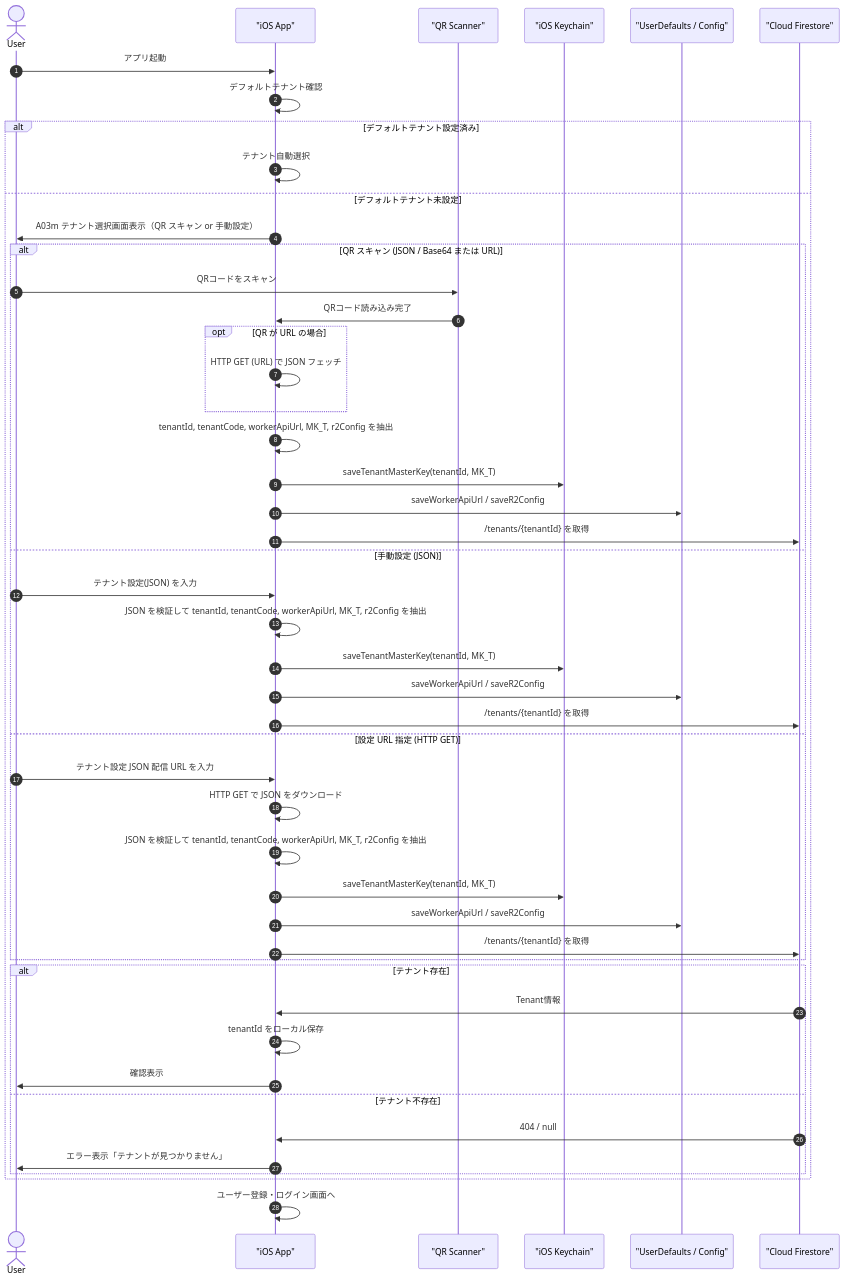
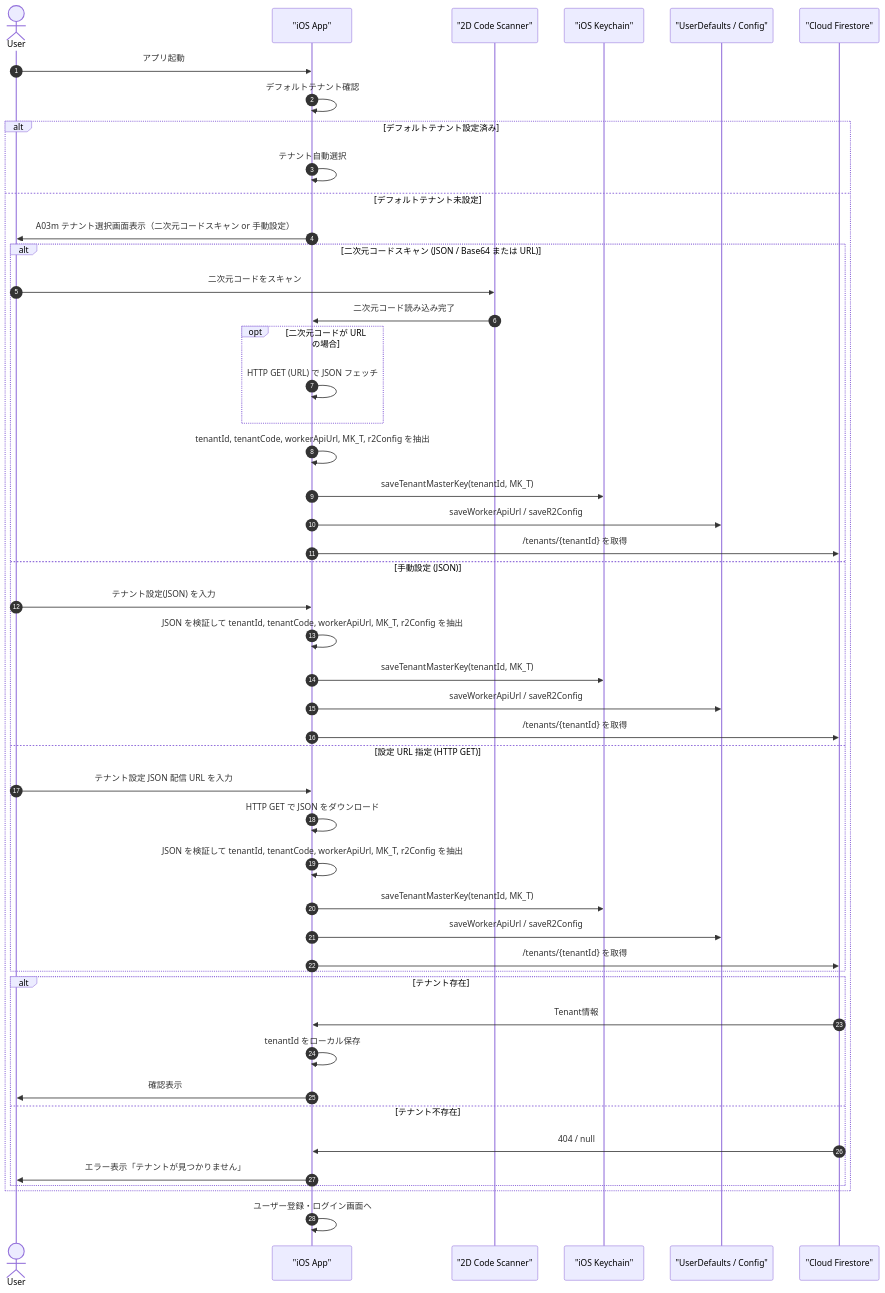
Before and after one commit to kantowork/friends: the diagram in doc/07-detailed-usecases/07-01-tenant-selection.md, drawn with Mermaid. The commit also changed other lines of this file and 28 other files, not shown here.

````diff
--- a/doc/07-detailed-usecases/07-01-tenant-selection.md
+++ b/doc/07-detailed-usecases/07-01-tenant-selection.md
@@ -9,51 +9,51 @@
 ```mermaid
 sequenceDiagram
   autonumber
   actor User
   participant App as "iOS App"
-  participant QRScanner as "QR Scanner"
+  participant CodeScanner as "2D Code Scanner"
   participant Keychain as "iOS Keychain"
   participant Settings as "UserDefaults / Config"
   participant Firestore as "Cloud Firestore"
 
   User->>App: アプリ起動
   App->>App: デフォルトテナント確認
   alt デフォルトテナント設定済み
     App->>App: テナント自動選択
   else デフォルトテナント未設定
-    App->>User: A03m テナント選択画面表示（QR スキャン or 手動設定）
-    alt QR スキャン (JSON / Base64 または URL)
-      User->>QRScanner: QRコードをスキャン
-      QRScanner->>App: QRコード読み込み完了
-      opt QR が URL の場合
+    App->>User: A03m テナント選択画面表示（二次元コードスキャン or 手動設定）
+    alt 二次元コードスキャン (JSON / Base64 または URL)
+      User->>CodeScanner: 二次元コードをスキャン
+      CodeScanner->>App: 二次元コード読み込み完了
+      opt 二次元コードが URL の場合
         App->>App: HTTP GET (URL) で JSON フェッチ
       end
       App->>App: tenantId, tenantCode, workerApiUrl, MK_T, r2Config を抽出
       App->>Keychain: saveTenantMasterKey(tenantId, MK_T)
       App->>Settings: saveWorkerApiUrl / saveR2Config
       App->>Firestore: /tenants/{tenantId} を取得
     else 手動設定 (JSON)
       User->>App: テナント設定(JSON) を入力
       App->>App: JSON を検証して tenantId, tenantCode, workerApiUrl, MK_T, r2Config を抽出
       App->>Keychain: saveTenantMasterKey(tenantId, MK_T)
       App->>Settings: saveWorkerApiUrl / saveR2Config
       App->>Firestore: /tenants/{tenantId} を取得
     else 設定 URL 指定 (HTTP GET)
       User->>App: テナント設定 JSON 配信 URL を入力
       App->>App: HTTP GET で JSON をダウンロード
       App->>App: JSON を検証して tenantId, tenantCode, workerApiUrl, MK_T, r2Config を抽出
       App->>Keychain: saveTenantMasterKey(tenantId, MK_T)
       App->>Settings: saveWorkerApiUrl / saveR2Config
       App->>Firestore: /tenants/{tenantId} を取得
     end
     alt テナント存在
       Firestore->>App: Tenant情報
       App->>App: tenantId をローカル保存
       App->>User: 確認表示
     else テナント不存在
       Firestore->>App: 404 / null
       App->>User: エラー表示「テナントが見つかりません」
     end
   end
   App->>App: ユーザー登録・ログイン画面へ
 ```
````
